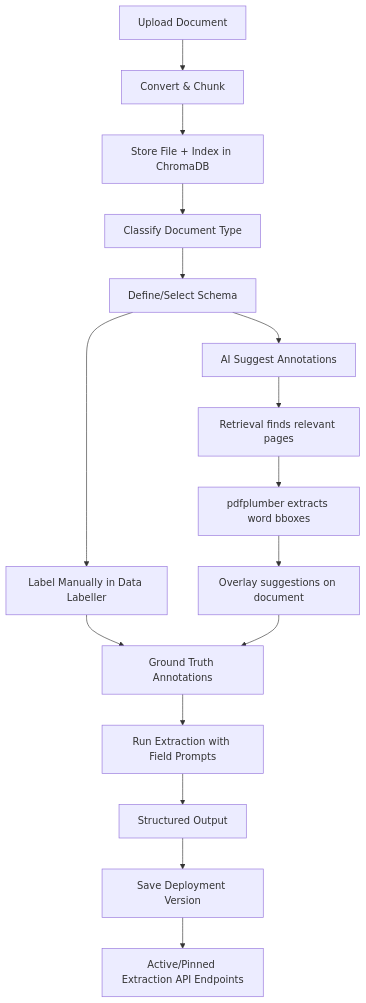
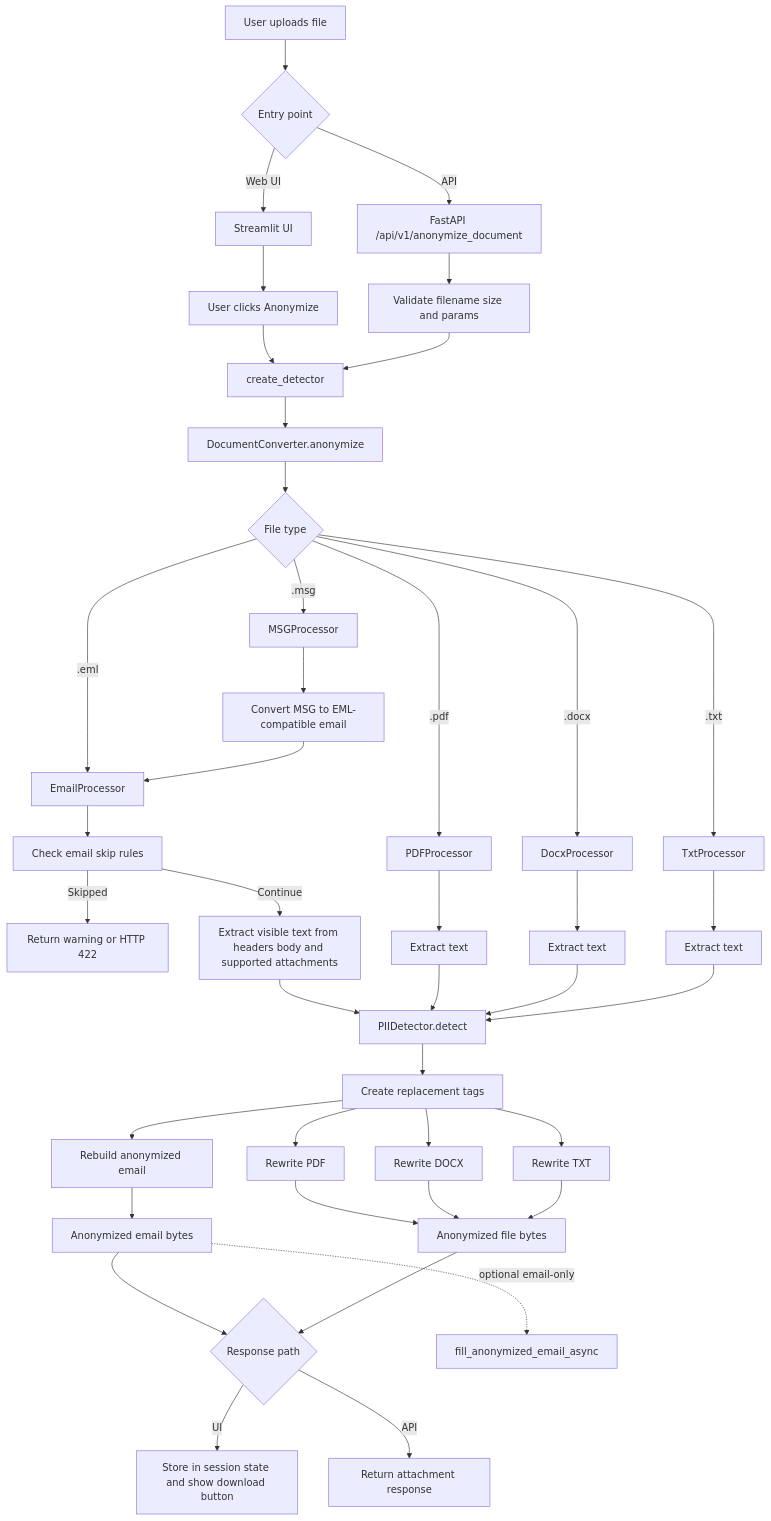
Before and after one commit to Matthew-Booth-Py/data-labeller: the diagram in README.md, drawn with Mermaid. The commit also changed other lines of this file and 4 other files, not shown here.

````diff
--- a/README.md
+++ b/README.md
@@ -72,18 +35,53 @@
 ```mermaid
 flowchart TD
-    A[Upload Document] --> B[Convert & Chunk]
-    B --> C[Store File + Index in ChromaDB]
-    C --> D[Classify Document Type]
-    D --> E[Define/Select Schema]
-    E --> F1[Label Manually in Data Labeller]
-    E --> F2[AI Suggest Annotations]
-    F2 --> F2a[Retrieval finds relevant pages]
-    F2a --> F2b[pdfplumber extracts word bboxes]
-    F2b --> F2c[Overlay suggestions on document]
-    F1 --> G[Ground Truth Annotations]
-    F2c --> G
-    G --> H[Run Extraction with Field Prompts]
-    H --> I[Structured Output]
-    I --> J[Save Deployment Version]
-    J --> K[Active/Pinned Extraction API Endpoints]
+    A[User uploads file] --> B{Entry point}
+
+    B -->|Web UI| C[Streamlit UI]
+    B -->|API| D[FastAPI /api/v1/anonymize_document]
+
+    C --> E[User clicks Anonymize]
+    E --> F[create_detector]
+    D --> G[Validate filename size and params]
+    G --> F
+
+    F --> H[DocumentConverter.anonymize]
+    H --> I{File type}
+
+    I -->|.eml| J[EmailProcessor]
+    I -->|.msg| K[MSGProcessor]
+    I -->|.pdf| L[PDFProcessor]
+    I -->|.docx| M[DocxProcessor]
+    I -->|.txt| N[TxtProcessor]
+
+    K --> K1[Convert MSG to EML-compatible email]
+    K1 --> J
+
+    J --> J2[Check email skip rules]
+    J2 -->|Skipped| JX[Return warning or HTTP 422]
+    J2 -->|Continue| J3[Extract visible text from headers body and supported attachments]
+    J3 --> O[PIIDetector.detect]
+    O --> P[Create replacement tags]
+    P --> J4[Rebuild anonymized email]
+    J4 --> Q[Anonymized email bytes]
+
+    L --> L1[Extract text]
+    M --> M1[Extract text]
+    N --> N1[Extract text]
+    L1 --> O
+    M1 --> O
+    N1 --> O
+
+    P --> L2[Rewrite PDF]
+    P --> M2[Rewrite DOCX]
+    P --> N2[Rewrite TXT]
+    L2 --> R[Anonymized file bytes]
+    M2 --> R
+    N2 --> R
+
+    Q --> S{Response path}
+    R --> S
+    S -->|UI| T[Store in session state and show download button]
+    S -->|API| U[Return attachment response]
+
+    Q -. optional email-only .-> V[fill_anonymized_email_async]
 ```
````
